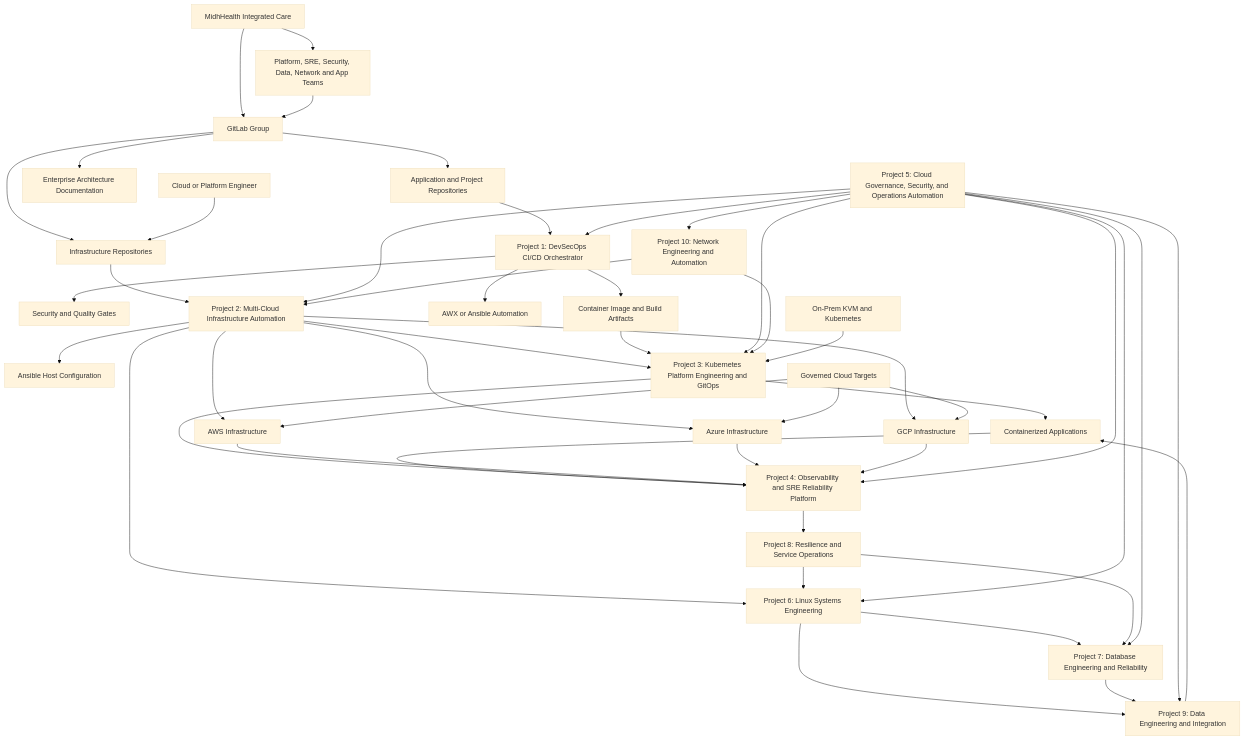
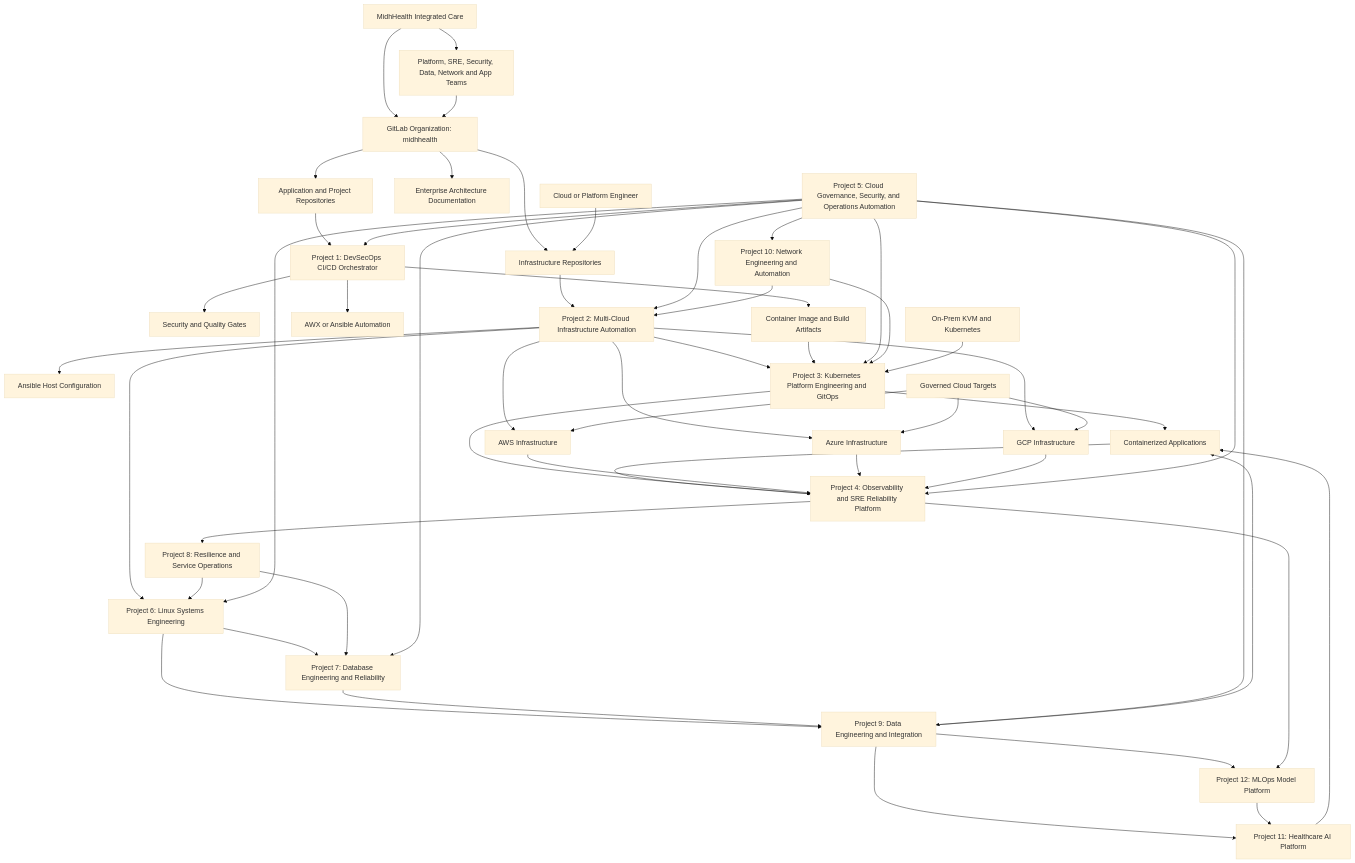
The first of 15 diagrams in docs/enterprise-project-portfolio-and-usecases.md (MIDHTECH/enterprise-architecture-docs), drawn with Mermaid (base theme) before and after one commit. The commit also changed other lines of this file and 10 other files, not shown here.

Commit message:
Define MidhHealth team structure and AI ML projects

````diff
--- a/docs/enterprise-project-portfolio-and-usecases.md
+++ b/docs/enterprise-project-portfolio-and-usecases.md
@@ -26,62 +28,69 @@
 ```mermaid
 flowchart TB
-    org[MidhHealth Integrated Care] --> git[GitLab Group]
+    org[MidhHealth Integrated Care] --> git[GitLab Organization: midhhealth]
     org --> teams[Platform, SRE, Security, Data, Network and App Teams]
     teams --> git
     git --> apprepo[Application and Project Repositories]
     git --> docsrepo[Enterprise Architecture Documentation]
     git --> infrarepo[Infrastructure Repositories]
     apprepo --> cicd[Project 1: DevSecOps CI/CD Orchestrator]
     cicd --> scans[Security and Quality Gates]
     cicd --> artifacts[Container Image and Build Artifacts]
     cicd --> awx[AWX or Ansible Automation]
 
     engineer[Cloud or Platform Engineer] --> infrarepo
     infrarepo --> iac[Project 2: Multi-Cloud Infrastructure Automation]
     iac --> aws[AWS Infrastructure]
     iac --> azure[Azure Infrastructure]
     iac --> gcp[GCP Infrastructure]
     iac --> ansible[Ansible Host Configuration]
 
     iac --> k8s[Project 3: Kubernetes Platform Engineering and GitOps]
     artifacts --> k8s
     k8s --> apps[Containerized Applications]
 
     apps --> obs[Project 4: Observability and SRE Reliability Platform]
     k8s --> obs
     aws --> obs
     azure --> obs
     gcp --> obs
 
     sec[Project 5: Cloud Governance, Security, and Operations Automation]
     sec --> iac
     sec --> k8s
     sec --> obs
     sec --> cicd
 
     systems[Project 6: Linux Systems Engineering]
     database[Project 7: Database Engineering and Reliability]
     resilience[Project 8: Resilience and Service Operations]
     data[Project 9: Data Engineering and Integration]
     network[Project 10: Network Engineering and Automation]
+    ai[Project 11: Healthcare AI Platform]
+    ml[Project 12: MLOps Model Platform]
 
     iac --> systems
     network --> iac
     network --> k8s
     systems --> database
     systems --> data
     database --> data
     data --> apps
     obs --> resilience
     resilience --> systems
     resilience --> database
     sec --> systems
     sec --> database
     sec --> data
     sec --> network
+    data --> ai
+    data --> ml
+    ai --> apps
+    ml --> ai
+    obs --> ml
 
     onprem[On-Prem KVM and Kubernetes] --> k8s
     cloudtarget[Governed Cloud Targets] --> aws
     cloudtarget --> azure
     cloudtarget --> gcp
 ```
````
